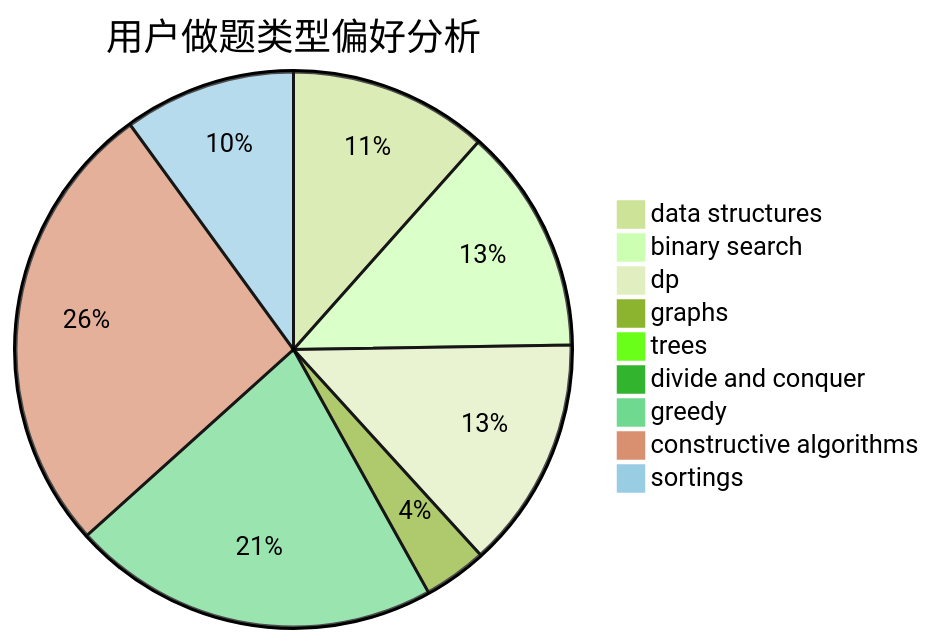
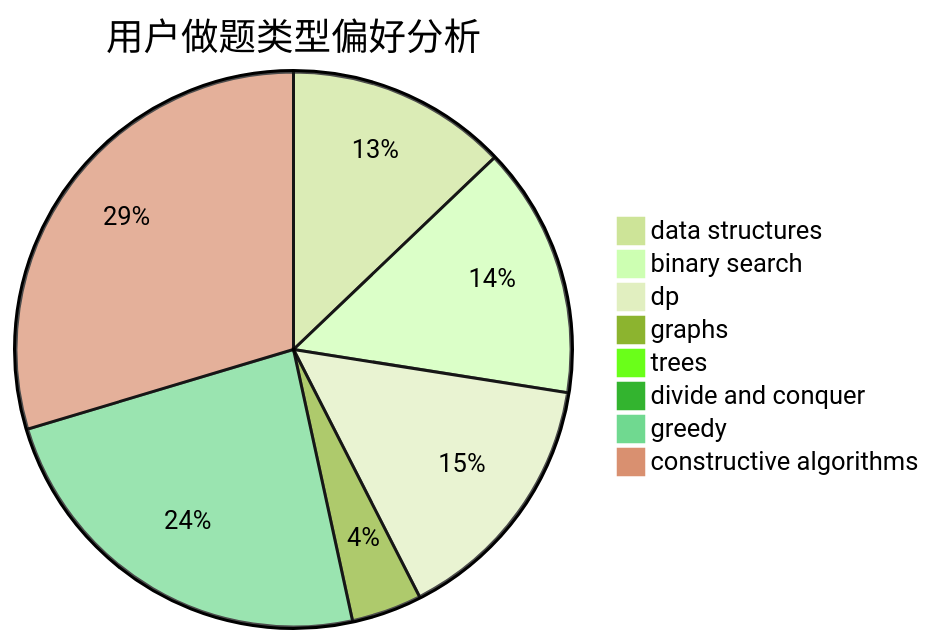
The second of 3 diagrams in docs/user/u1202.md (sherpahu/cfrs.github.io), drawn with Mermaid (forest theme) before and after one commit. The commit also changed other lines of this file and 2769 other files, not shown here.

````diff
--- a/docs/user/u1202.md
+++ b/docs/user/u1202.md
@@ -18,12 +18,11 @@
 ```mermaid
 pie title 用户做题类型偏好分析
     "data structures" :  66
     "binary search" :  75
     "dp" :  77
     "graphs" :  21
     "trees" :  5
     "divide and conquer" :  0
     "greedy" :  122
     "constructive algorithms" :  152
-    "sortings" :  57
 ```
````
